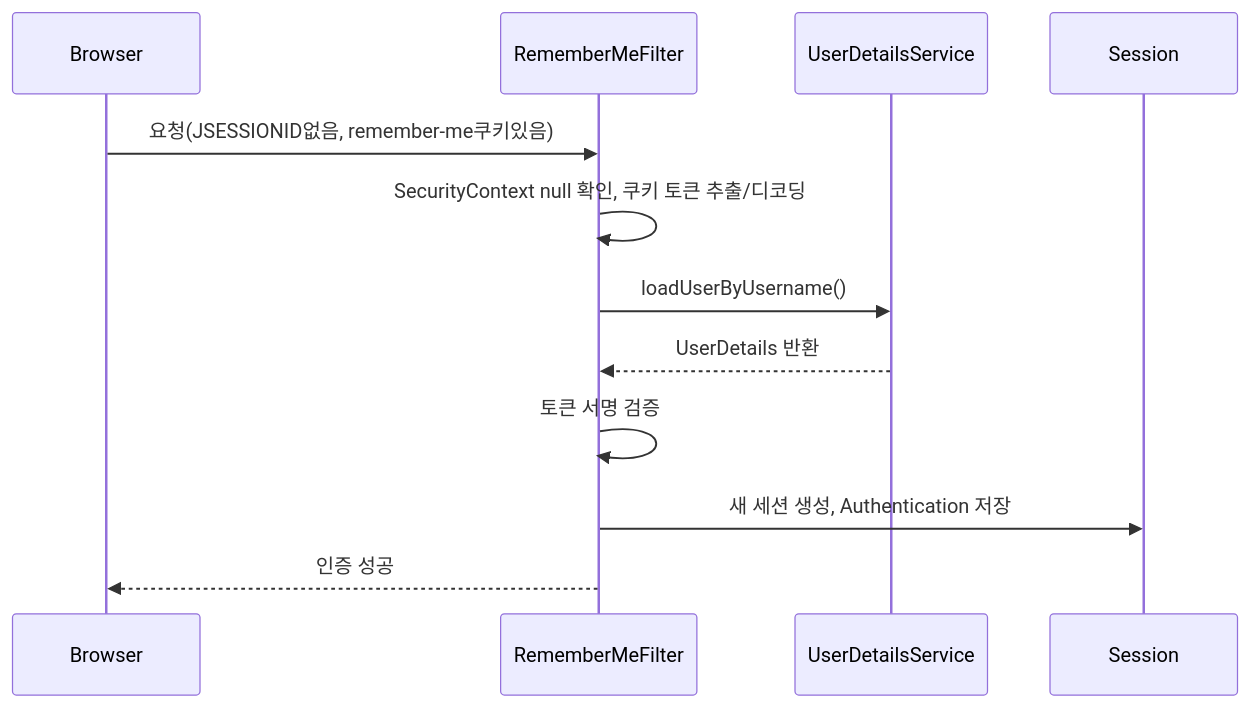
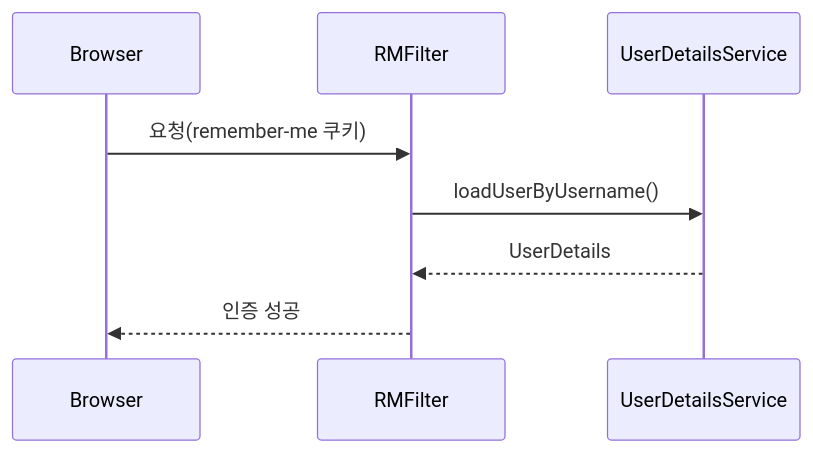
The first of 2 diagrams in _posts/security/2021-01-18-RememberMe.md (yjkim2015/yjkim2015.github.io), drawn with Mermaid before and after one commit. The commit also changed 155 other files, not shown here.

First line of the commit message:
Mermaid 전면 수정: subgraph 제거, participant/노드/줄수 축소 (342블록)

````diff
--- a/_posts/security/2021-01-18-RememberMe.md
+++ b/_posts/security/2021-01-18-RememberMe.md
@@ -32,14 +32,10 @@
 ```mermaid
 sequenceDiagram
     participant B as Browser
-    participant RMF as RememberMeFilter
+    participant RMF as RMFilter
     participant UDS as UserDetailsService
-    participant S as Session
-    B->>RMF: 요청(JSESSIONID없음, remember-me쿠키있음)
-    RMF->>RMF: SecurityContext null 확인, 쿠키 토큰 추출/디코딩
+    B->>RMF: 요청(remember-me 쿠키)
     RMF->>UDS: loadUserByUsername()
-    UDS-->>RMF: UserDetails 반환
-    RMF->>RMF: 토큰 서명 검증
-    RMF->>S: 새 세션 생성, Authentication 저장
+    UDS-->>RMF: UserDetails
     RMF-->>B: 인증 성공
 ```
````
